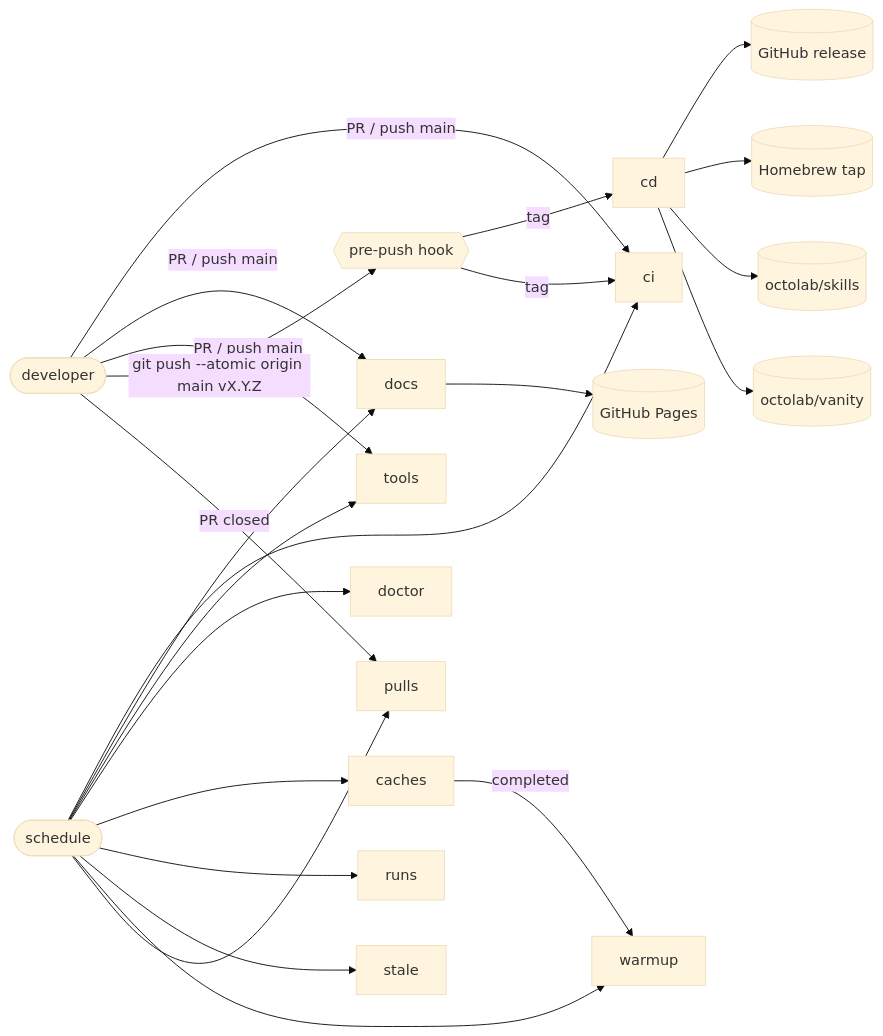
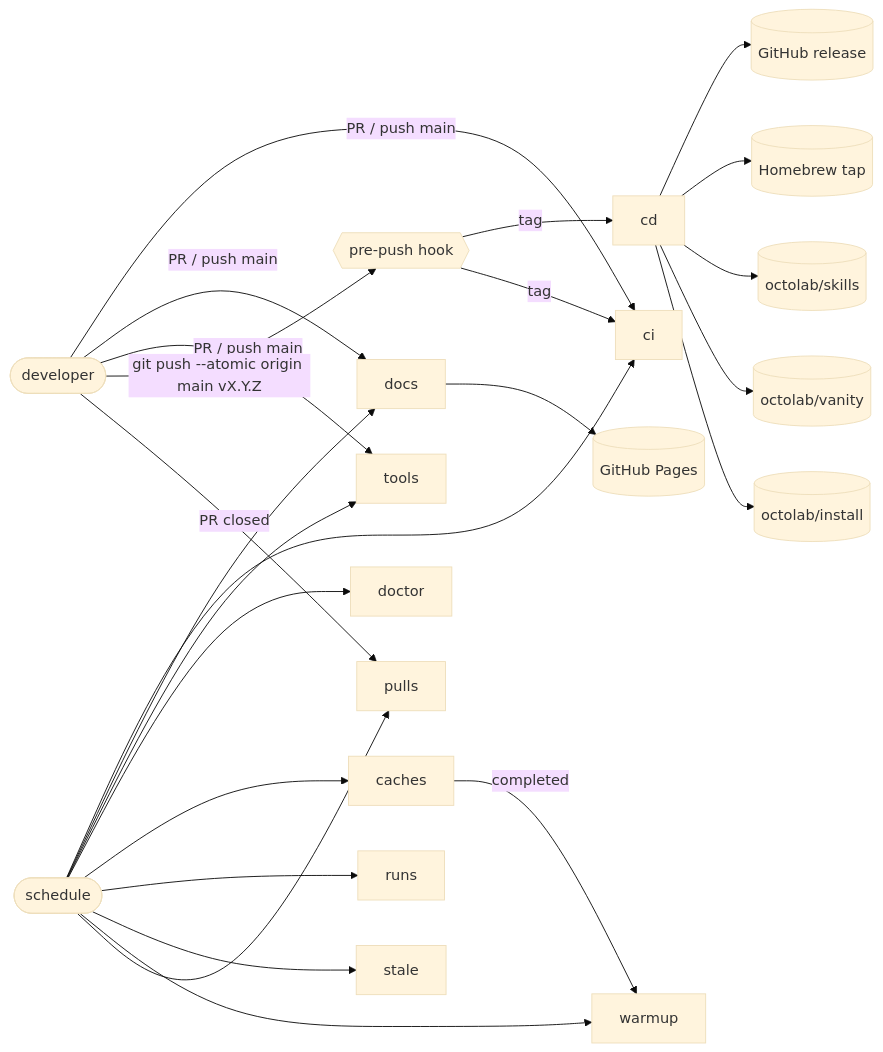
One commit to octomation/maintainer changed the first of 10 diagrams in .github/workflows/README.md. Above: the diagram before and after it, drawn with Mermaid (base theme). The commit also changed other lines of this file and 5 other files, not shown here.

Commit message:
docs(install): install from install.octolab.org and check the App on octolab/install, issue #582

````diff
--- a/.github/workflows/README.md
+++ b/.github/workflows/README.md
@@ -19,11 +19,11 @@
 ```mermaid
 flowchart LR
   dev([developer]) -- PR / push main --> ci & docs & tools
   dev -- "git push --atomic origin main vX.Y.Z" --> hook{{pre-push hook}}
   hook -- tag --> cd & ci
   cron([schedule]) --> ci & docs & tools & doctor & caches & runs & stale & warmup & pulls
   caches -- completed --> warmup
   dev -- PR closed --> pulls
-  cd --> release[(GitHub release)] & tap[(Homebrew tap)] & catalog[(octolab/skills)] & modules[(octolab/vanity)]
+  cd --> release[(GitHub release)] & tap[(Homebrew tap)] & catalog[(octolab/skills)] & modules[(octolab/vanity)] & installer[(octolab/install)]
   docs --> pages[(GitHub Pages)]
 ```
````
